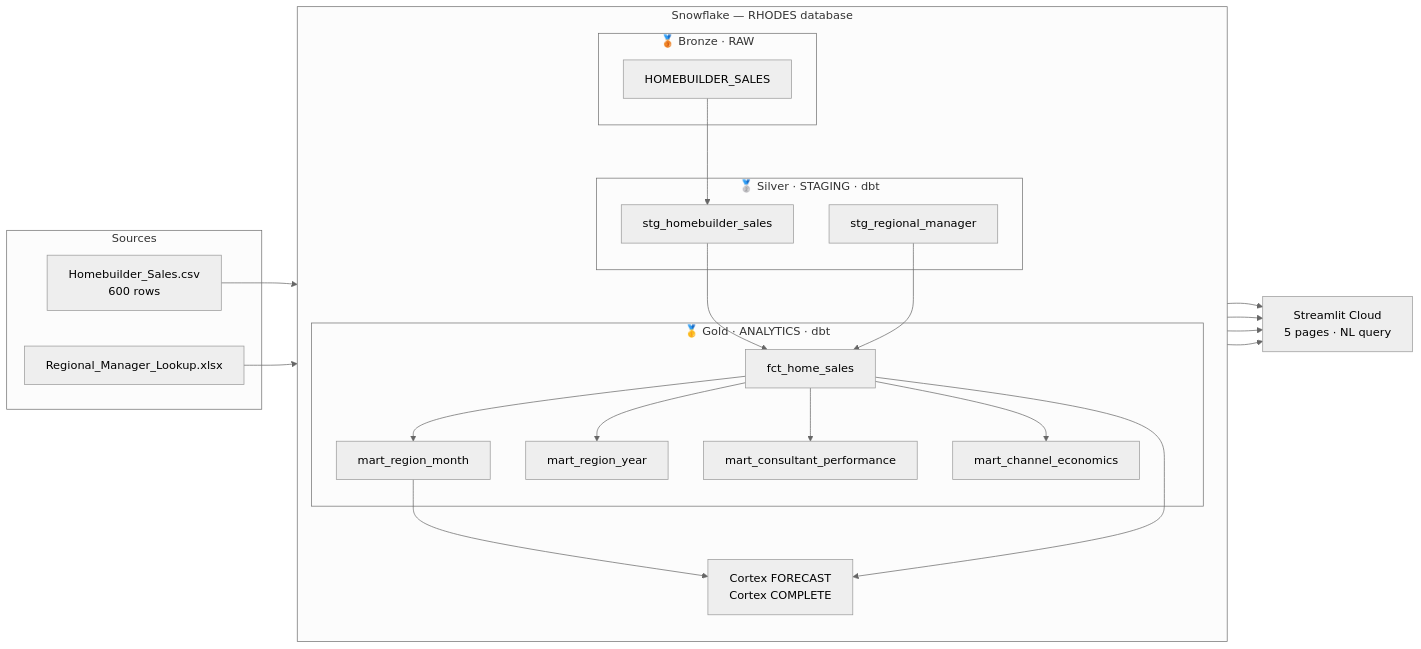
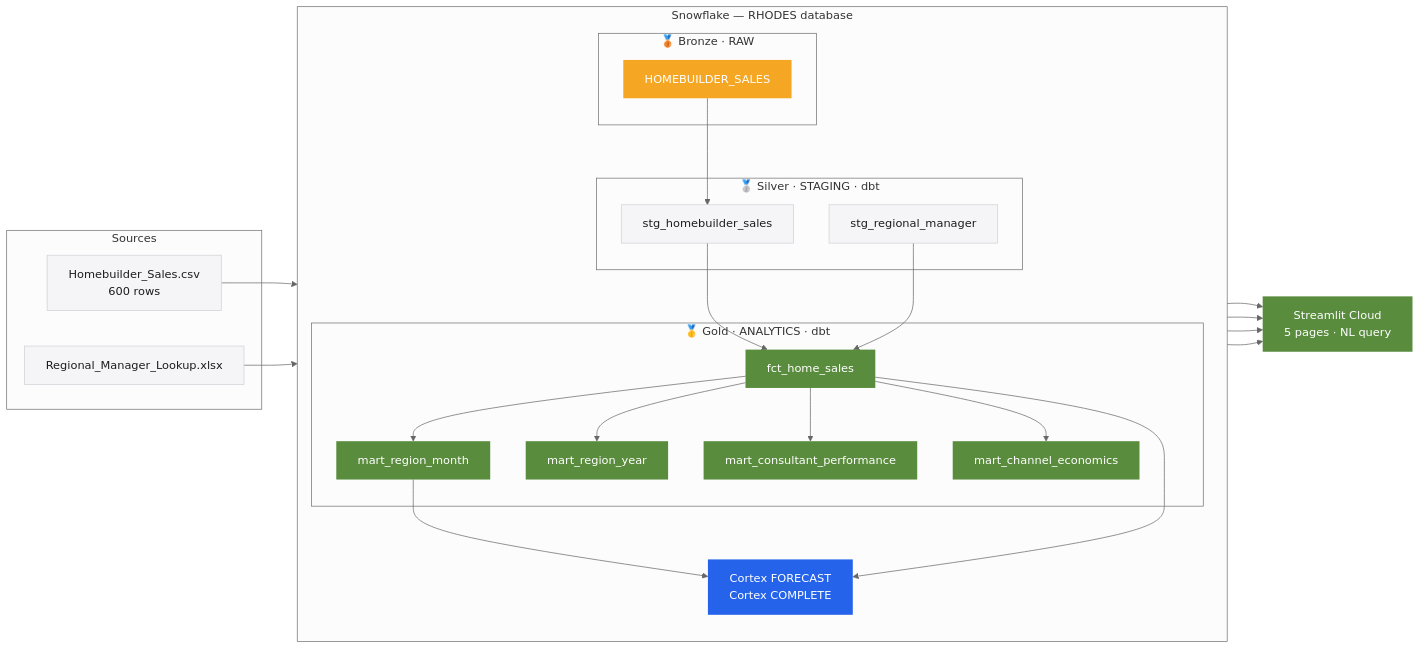
Before and after one commit to jaimemeza/rhodes: the first of 2 diagrams in README.md, drawn with Mermaid (neutral theme). The commit also changed other lines of this file, not shown here.

Commit message:
Add color classes to architecture Mermaid diagram

````diff
--- a/README.md
+++ b/README.md
@@ -21,39 +21,51 @@
 ```mermaid
   flowchart LR
       subgraph Sources
           CSV[Homebuilder_Sales.csv<br>600 rows]
           XLSX[Regional_Manager_Lookup.xlsx]
       end
 
       subgraph Snowflake["Snowflake — RHODES database"]
           direction TB
           subgraph Bronze["🥉 Bronze · RAW"]
               R1[HOMEBUILDER_SALES]
           end
           subgraph Silver["🥈 Silver · STAGING · dbt"]
               S1[stg_homebuilder_sales]
               S2[stg_regional_manager]
           end
           subgraph Gold["🥇 Gold · ANALYTICS · dbt"]
               F1[fct_home_sales]
               M1[mart_region_month]
               M2[mart_region_year]
               M3[mart_consultant_performance]
               M4[mart_channel_economics]
           end
           CX[Cortex FORECAST<br>Cortex COMPLETE]
       end
 
       CSV --> R1
       XLSX --> S2
       R1 --> S1
       S1 --> F1
       S2 --> F1
       F1 --> M1 & M2 & M3 & M4
       M1 --> CX
       F1 --> CX
       CX --> APP
 
       APP[Streamlit Cloud<br>5 pages · NL query]
       M2 & M3 & M4 --> APP
+
+      classDef role fill:#5a8c3e,color:#fff,stroke:none
+      classDef service fill:#2563eb,color:#fff,stroke:none
+      classDef schema fill:#f5f5f7,color:#1c1c1e,stroke:#d1d1d6
+      classDef wh fill:#f5a623,color:#fff,stroke:none
+
+      class CSV,XLSX schema
+      class R1 wh
+      class S1,S2 schema
+      class F1,M1,M2,M3,M4 role
+      class CX service
+      class APP role
 ```
````
